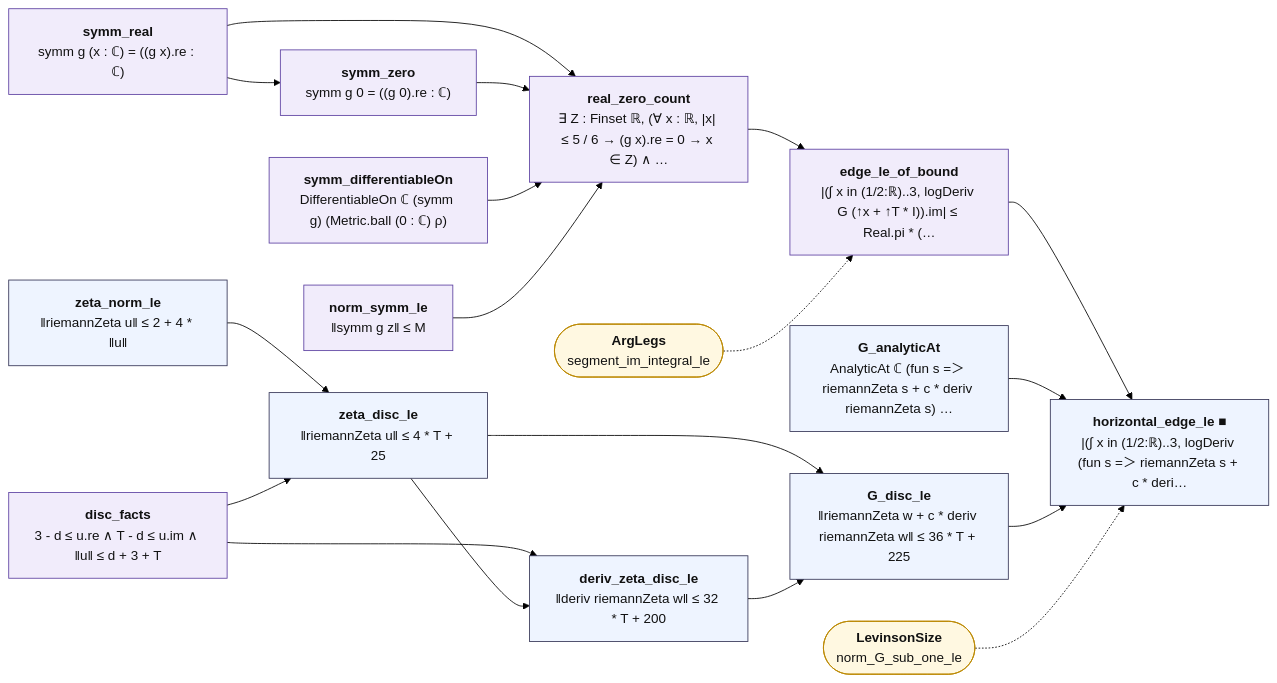
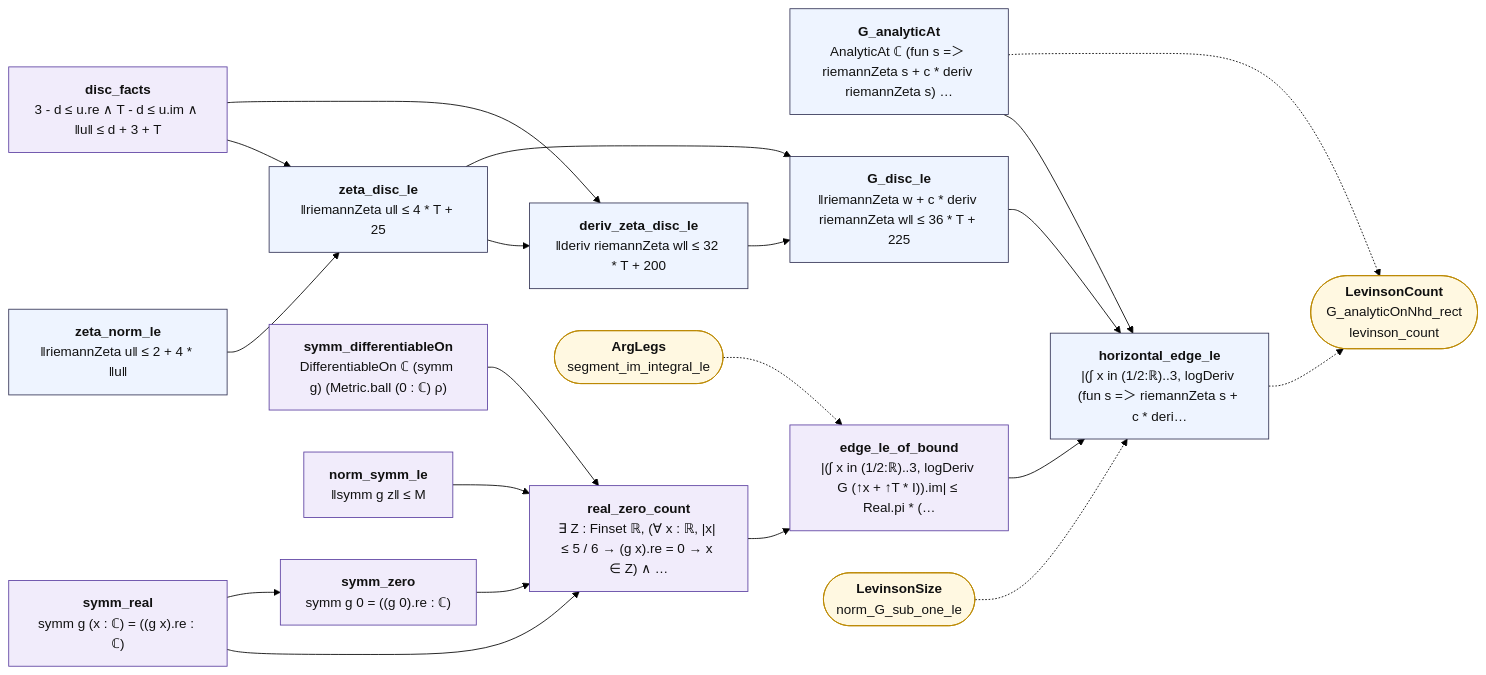
The diagram in map/lean_stage3/LevinsonEdge.mmd (juliansambranojr/Primebeat_081426), drawn with Mermaid (forest theme) before and after one commit. The commit also changed 26 other files, not shown here.

```diff
--- a/map/lean_stage3/LevinsonEdge.mmd
+++ b/map/lean_stage3/LevinsonEdge.mmd
@@ -1,41 +1,44 @@
 flowchart LR
   n0["<b>zeta_norm_le</b><br/>‖riemannZeta u‖ ≤ 2 + 4 * ‖u‖"]:::thm
   n1["<b>disc_facts</b><br/>3 - d ≤ u.re ∧ T - d ≤ u.im ∧ ‖u‖ ≤ d + 3 + T"]:::shp
   n2["<b>zeta_disc_le</b><br/>‖riemannZeta u‖ ≤ 4 * T + 25"]:::thm
   n3["<b>deriv_zeta_disc_le</b><br/>‖deriv riemannZeta w‖ ≤ 32 * T + 200"]:::thm
   n4["<b>G_analyticAt</b><br/>AnalyticAt ℂ (fun s =＞ riemannZeta s + c * deriv riemannZeta s) …"]:::thm
   n5["<b>G_disc_le</b><br/>‖riemannZeta w + c * deriv riemannZeta w‖ ≤ 36 * T + 225"]:::thm
   n6["<b>symm_real</b><br/>symm g (x : ℂ) = ((g x).re : ℂ)"]:::shp
   n7["<b>symm_zero</b><br/>symm g 0 = ((g 0).re : ℂ)"]:::shp
   n8["<b>symm_differentiableOn</b><br/>DifferentiableOn ℂ (symm g) (Metric.ball (0 : ℂ) ρ)"]:::shp
   n9["<b>norm_symm_le</b><br/>‖symm g z‖ ≤ M"]:::shp
   n10["<b>real_zero_count</b><br/>∃ Z : Finset ℝ, (∀ x : ℝ, |x| ≤ 5 / 6 → (g x).re = 0 → x ∈ Z) ∧ …"]:::shp
   n11["<b>edge_le_of_bound</b><br/>|(∫ x in (1/2:ℝ)..3, logDeriv G (↑x + ↑T * I)).im| ≤ Real.pi * (…"]:::shp
-  n12["<b>horizontal_edge_le ■</b><br/>|(∫ x in (1/2:ℝ)..3, logDeriv (fun s =＞ riemannZeta s + c * deri…"]:::thm
-  x0(["<b>ArgLegs</b><br/>segment_im_integral_le"]):::ext
-  x1(["<b>LevinsonSize</b><br/>norm_G_sub_one_le"]):::ext
+  n12["<b>horizontal_edge_le</b><br/>|(∫ x in (1/2:ℝ)..3, logDeriv (fun s =＞ riemannZeta s + c * deri…"]:::thm
+  x0(["<b>LevinsonCount</b><br/>G_analyticOnNhd_rect<br/>levinson_count"]):::ext
+  x1(["<b>ArgLegs</b><br/>segment_im_integral_le"]):::ext
+  x2(["<b>LevinsonSize</b><br/>norm_G_sub_one_le"]):::ext
   n0 --> n2
   n1 --> n2
   n1 --> n3
   n10 --> n11
   n11 --> n12
   n2 --> n3
   n2 --> n5
   n3 --> n5
   n4 --> n12
   n5 --> n12
   n6 --> n10
   n6 --> n7
   n7 --> n10
   n8 --> n10
   n9 --> n10
-  x0 -.-> n11
-  x1 -.-> n12
+  n12 -.-> x0
+  n4 -.-> x0
+  x1 -.-> n11
+  x2 -.-> n12
   classDef cnt fill:#dff5ec,stroke:#17694a,color:#111
   classDef shp fill:#f1ecfb,stroke:#5b3fa0,color:#111
   classDef rh fill:#ffe5e5,stroke:#c22,color:#111,stroke-width:2px
   classDef thm fill:#eef4ff,stroke:#335,color:#111
   classDef end_ fill:#e7f7e7,stroke:#2a7,color:#111,stroke-width:2px
   classDef lone fill:#fff,stroke:#999,color:#111,stroke-dasharray:4 3
   classDef bad fill:#ffe5e5,stroke:#c22,color:#111,stroke-width:2px
   classDef ext fill:#fff8e1,stroke:#b80,color:#111
```
